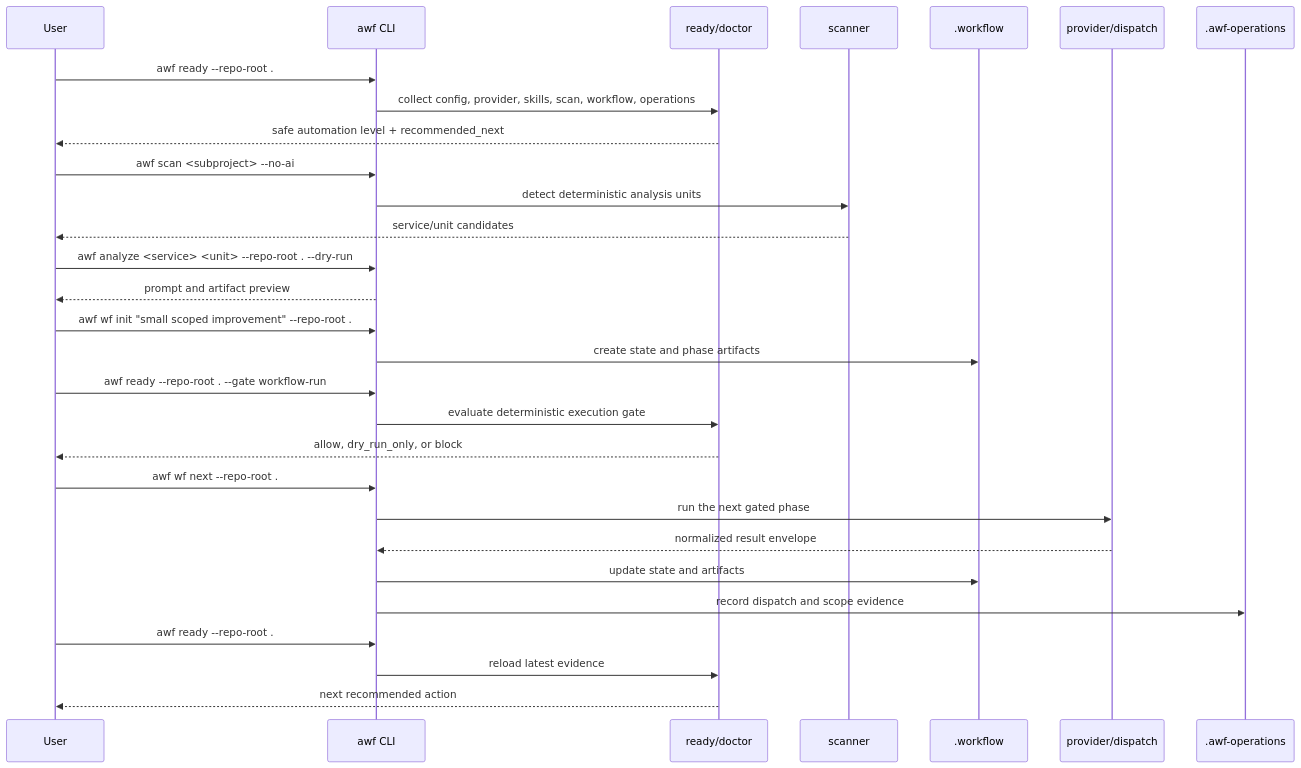
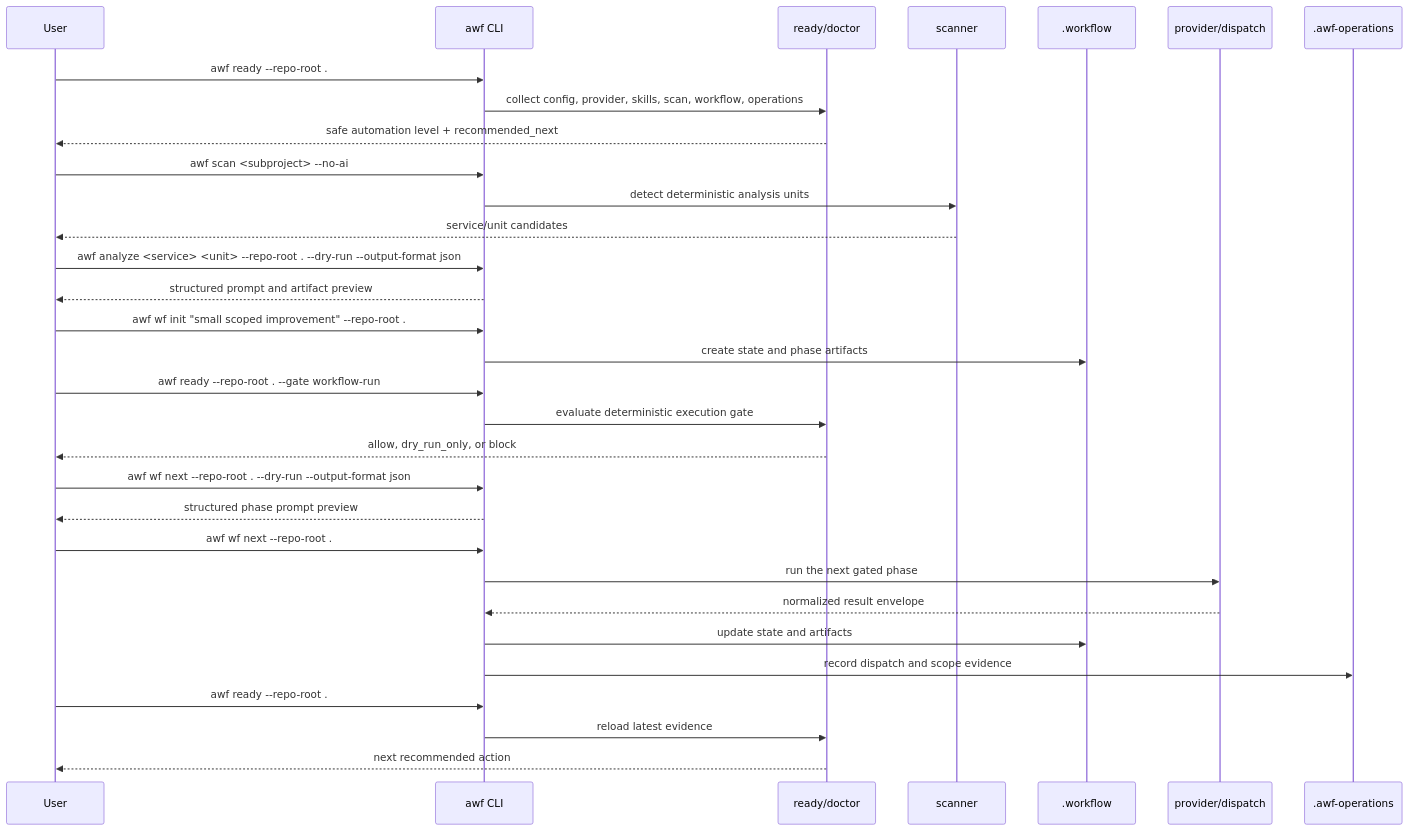
The diagram in docs/manuals/08-first-workflow.en.md (coldplay126/ai-workflow-tools), drawn with Mermaid before and after one commit. The commit also changed other lines of this file and 10 other files, not shown here.

Commit message:
docs: align script repo onboarding flow

````diff
--- a/docs/manuals/08-first-workflow.en.md
+++ b/docs/manuals/08-first-workflow.en.md
@@ -22,38 +22,41 @@
 ```mermaid
 sequenceDiagram
     participant User
     participant CLI as awf CLI
     participant Ready as ready/doctor
     participant Scan as scanner
     participant Workflow as .workflow
     participant Provider as provider/dispatch
     participant Ops as .awf-operations
 
     User->>CLI: awf ready --repo-root .
     CLI->>Ready: collect config, provider, skills, scan, workflow, operations
     Ready-->>User: safe automation level + recommended_next
 
     User->>CLI: awf scan <subproject> --no-ai
     CLI->>Scan: detect deterministic analysis units
     Scan-->>User: service/unit candidates
 
-    User->>CLI: awf analyze <service> <unit> --repo-root . --dry-run
-    CLI-->>User: prompt and artifact preview
+    User->>CLI: awf analyze <service> <unit> --repo-root . --dry-run --output-format json
+    CLI-->>User: structured prompt and artifact preview
 
     User->>CLI: awf wf init "small scoped improvement" --repo-root .
     CLI->>Workflow: create state and phase artifacts
 
     User->>CLI: awf ready --repo-root . --gate workflow-run
     CLI->>Ready: evaluate deterministic execution gate
     Ready-->>User: allow, dry_run_only, or block
+
+    User->>CLI: awf wf next --repo-root . --dry-run --output-format json
+    CLI-->>User: structured phase prompt preview
 
     User->>CLI: awf wf next --repo-root .
     CLI->>Provider: run the next gated phase
     Provider-->>CLI: normalized result envelope
     CLI->>Workflow: update state and artifacts
     CLI->>Ops: record dispatch and scope evidence
 
     User->>CLI: awf ready --repo-root .
     CLI->>Ready: reload latest evidence
     Ready-->>User: next recommended action
 ```
````
